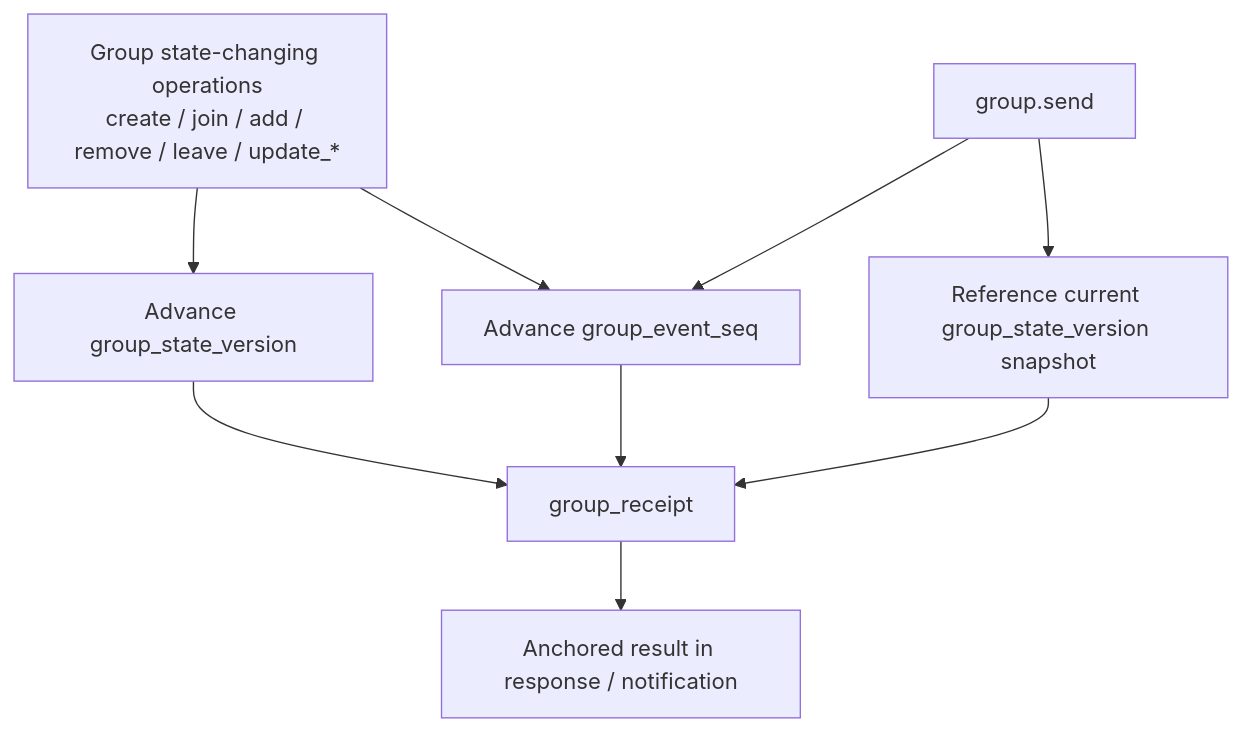
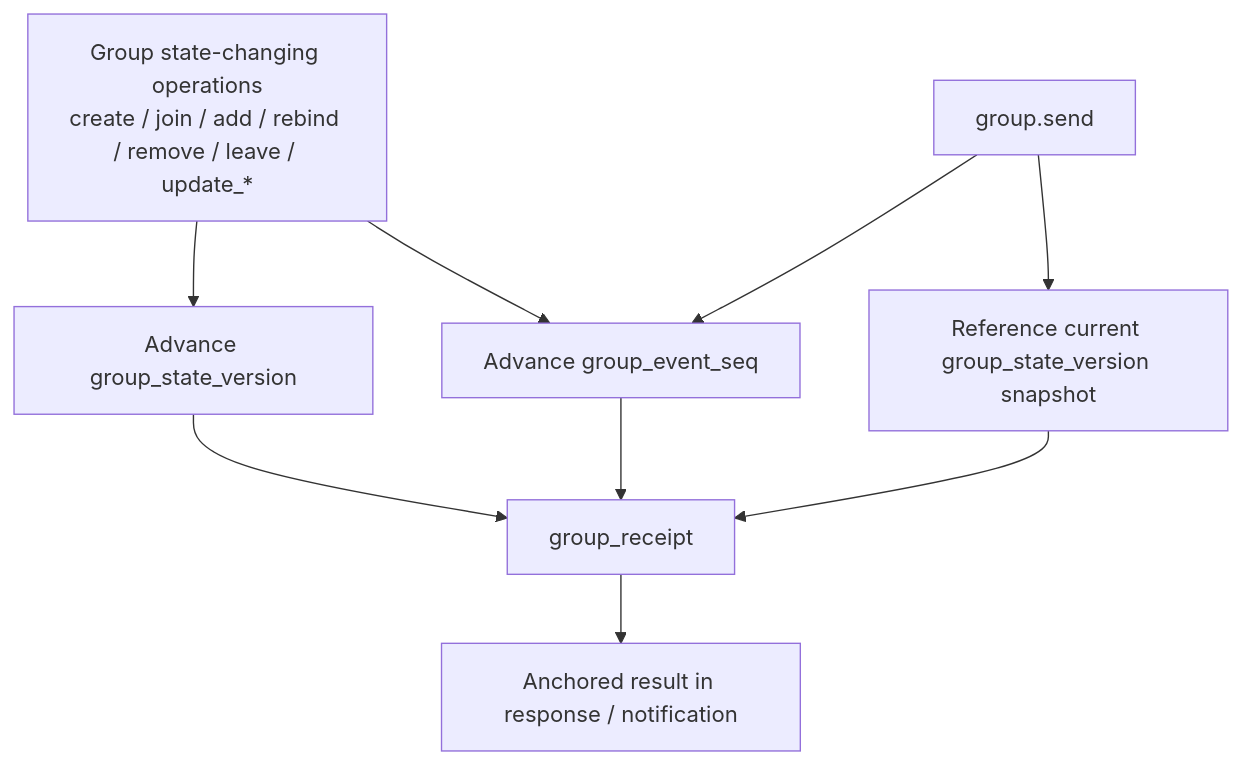
Before and after one commit to NeatNerdPrime/AgentNetworkProtocol: the second of 6 diagrams in message/04-group-messaging-base-semantics.md, drawn with Mermaid. The commit also changed other lines of this file and 5 other files, not shown here.

````diff
--- a/message/04-group-messaging-base-semantics.md
+++ b/message/04-group-messaging-base-semantics.md
@@ -227,17 +249,17 @@
 ```mermaid
 flowchart TD
-COps[Group state-changing operations<br/>create / join / add / remove / leave / update_*]
+COps[Group state-changing operations<br/>create / join / add / rebind / remove / leave / update_*]
 Msg[group.send]
 
 COps --> SV[Advance group_state_version]
 COps --> SEQ[Advance group_event_seq]
 
 Msg --> SEQ
 Msg --> SNAP[Reference current group_state_version snapshot]
 
 SV --> RC[group_receipt]
 SEQ --> RC
 SNAP --> RC
 
 RC --> OUT[Anchored result in response / notification]
 ```
````
